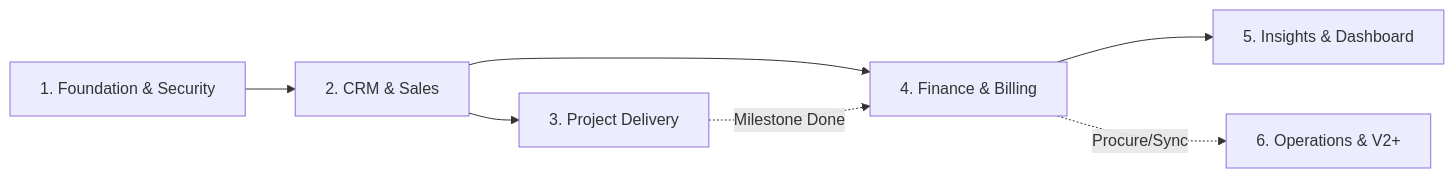
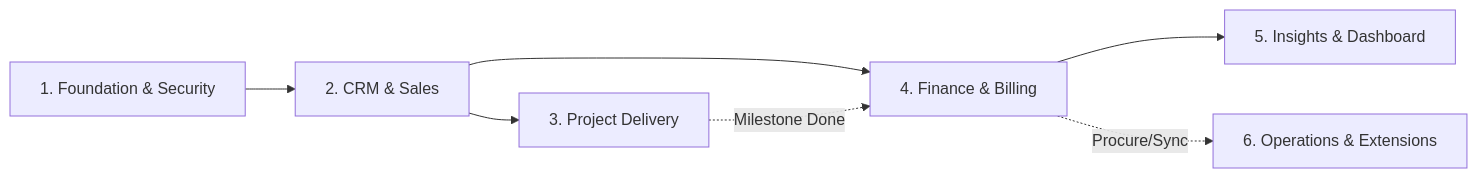
One commit to anuwatm/ERP changed diagram 12 of 12 in document/README.md. Above: the diagram before and after it, drawn with Mermaid. The commit also changed other lines of this file and 76 other files, not shown here.

````diff
--- a/document/README.md
+++ b/document/README.md
@@ -345,9 +354,9 @@
 ```mermaid
 flowchart LR
     G1["1. Foundation & Security"] --> G2["2. CRM & Sales"]
     G2 --> G3["3. Project Delivery"]
     G2 --> G4["4. Finance & Billing"]
     G3 -. Milestone Done .-> G4
     G4 --> G5["5. Insights & Dashboard"]
-    G4 -. Procure/Sync .-> G6["6. Operations & V2+"]
+    G4 -. Procure/Sync .-> G6["6. Operations & Extensions"]
 ```
````
